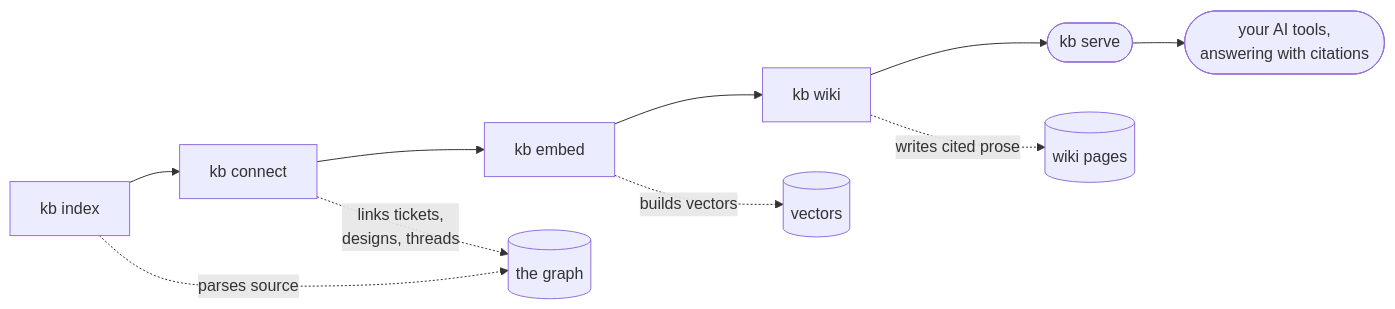
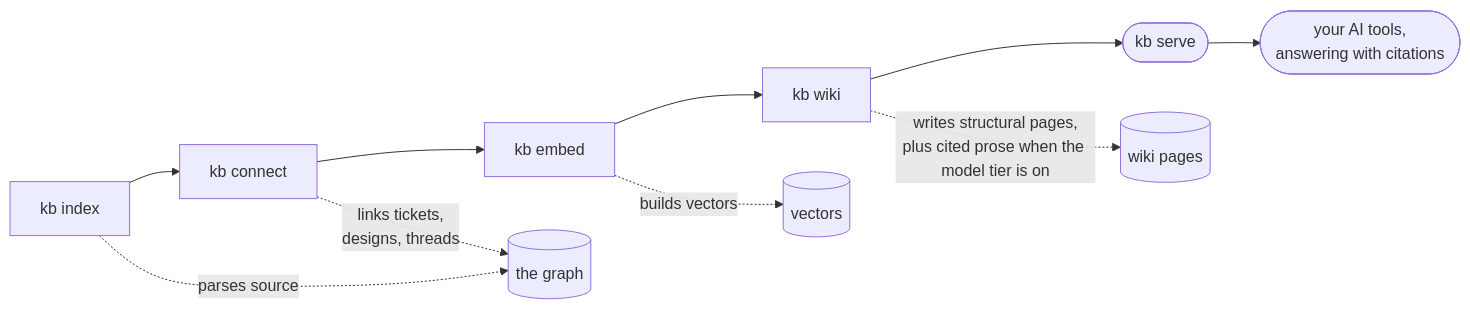
Before and after one commit to sayak-sarkar/contextlake: the diagram in docs/knowledge-layer.md, drawn with Mermaid. The commit also changed 11 other files, not shown here.

First line of the commit message:
docs(site): correct 22 claims and diagrams on 12 docs pages

````diff
--- a/docs/knowledge-layer.md
+++ b/docs/knowledge-layer.md
@@ -15,9 +15,9 @@
 ```mermaid
 flowchart LR
   IDX["kb index"] --> CON["kb connect"] --> EMB["kb embed"] --> WIK["kb wiki"] --> SRV(["kb serve"])
   IDX -.->|"parses source"| G[("the graph")]
   CON -.->|"links tickets,<br/>designs, threads"| G
   EMB -.->|"builds vectors"| V[("vectors")]
-  WIK -.->|"writes cited prose"| W[("wiki pages")]
+  WIK -.->|"writes structural pages,<br/>plus cited prose when the model tier is on"| W[("wiki pages")]
   SRV --> AG(["your AI tools,<br/>answering with citations"])
 ```
````
